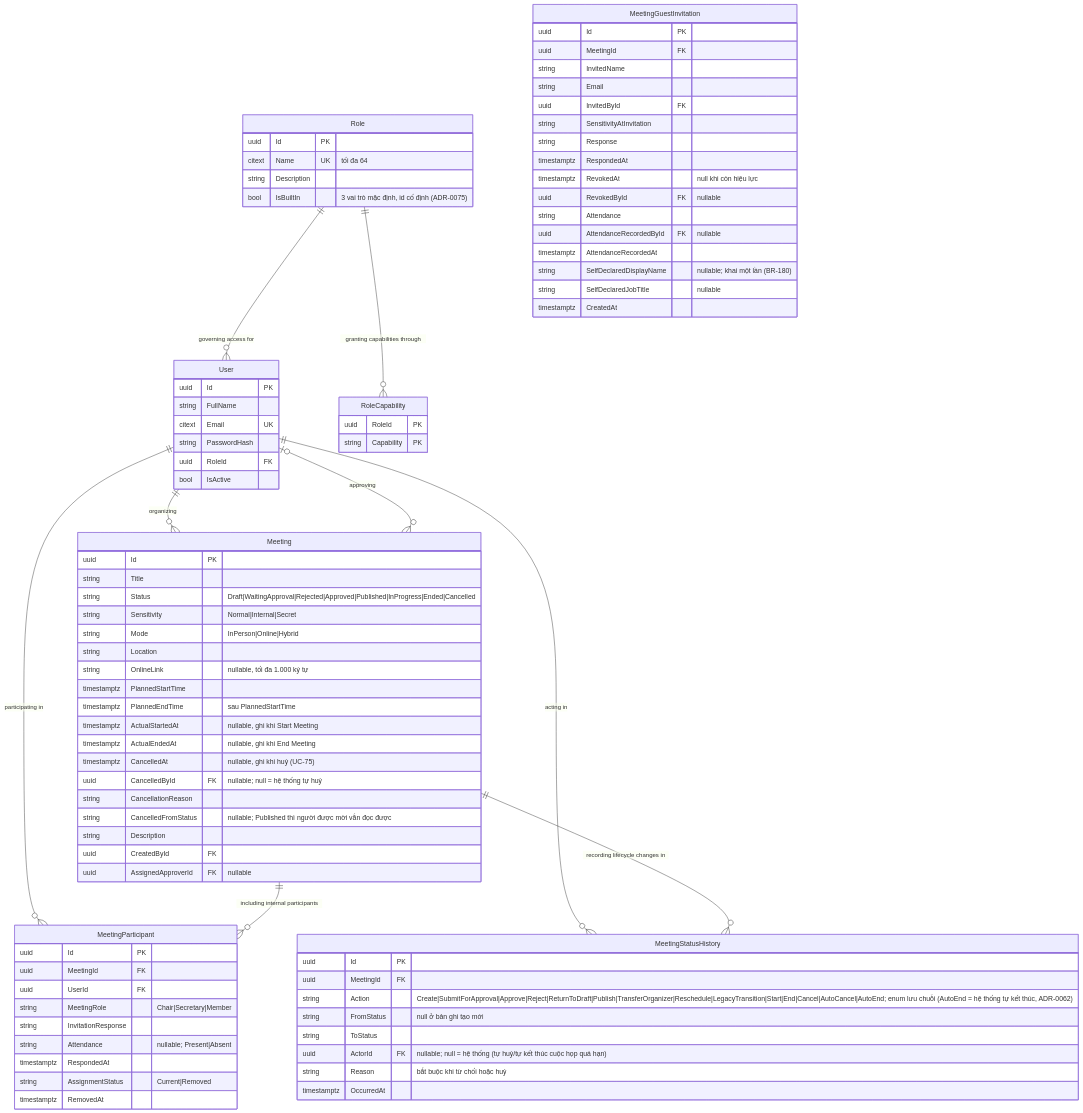
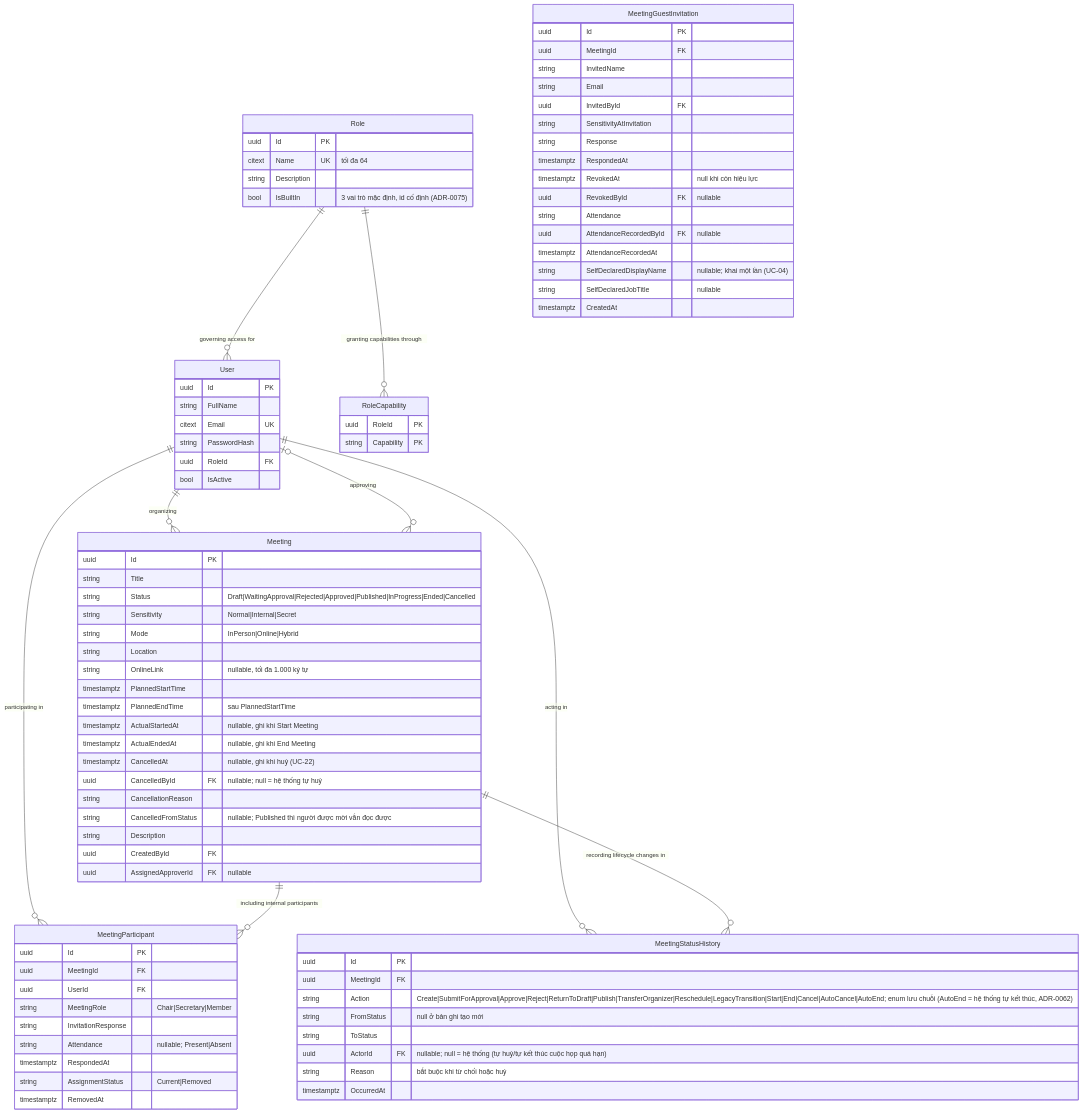
Before and after one commit to callmehai/FU-FA26-G116: the first of 7 diagrams in docs/02-design/02-erd.md, drawn with Mermaid. The commit also changed other lines of this file and 400 other files, not shown here.

```diff
--- a/docs/02-design/02-erd.md
+++ b/docs/02-design/02-erd.md
@@ -140,7 +140,7 @@
         timestamptz PlannedEndTime "sau PlannedStartTime"
         timestamptz ActualStartedAt "nullable, ghi khi Start Meeting"
         timestamptz ActualEndedAt "nullable, ghi khi End Meeting"
-        timestamptz CancelledAt "nullable, ghi khi huỷ (UC-75)"
+        timestamptz CancelledAt "nullable, ghi khi huỷ (UC-22)"
         uuid CancelledById FK "nullable; null = hệ thống tự huỷ"
         string CancellationReason
         string CancelledFromStatus "nullable; Published thì người được mời vẫn đọc được"
@@ -183,7 +183,7 @@
         string Attendance
         uuid AttendanceRecordedById FK "nullable"
         timestamptz AttendanceRecordedAt
-        string SelfDeclaredDisplayName "nullable; khai một lần (BR-180)"
+        string SelfDeclaredDisplayName "nullable; khai một lần (UC-04)"
         string SelfDeclaredJobTitle "nullable"
         timestamptz CreatedAt
     }
```
